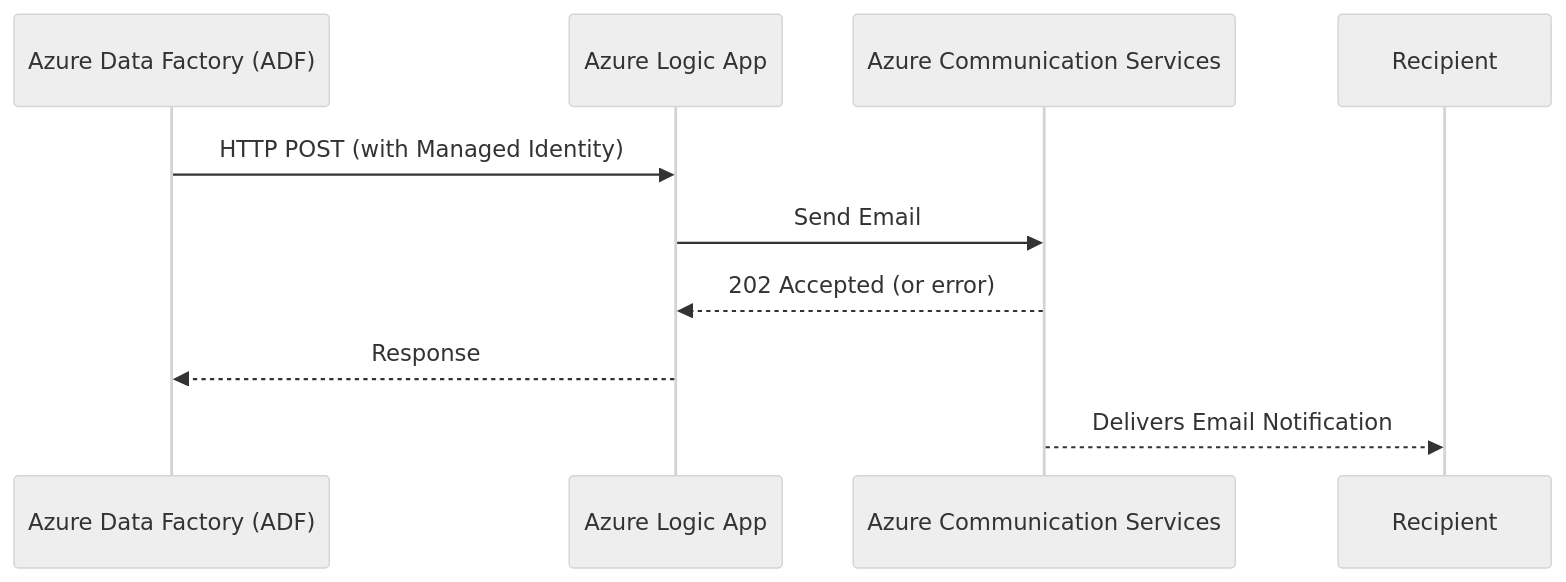
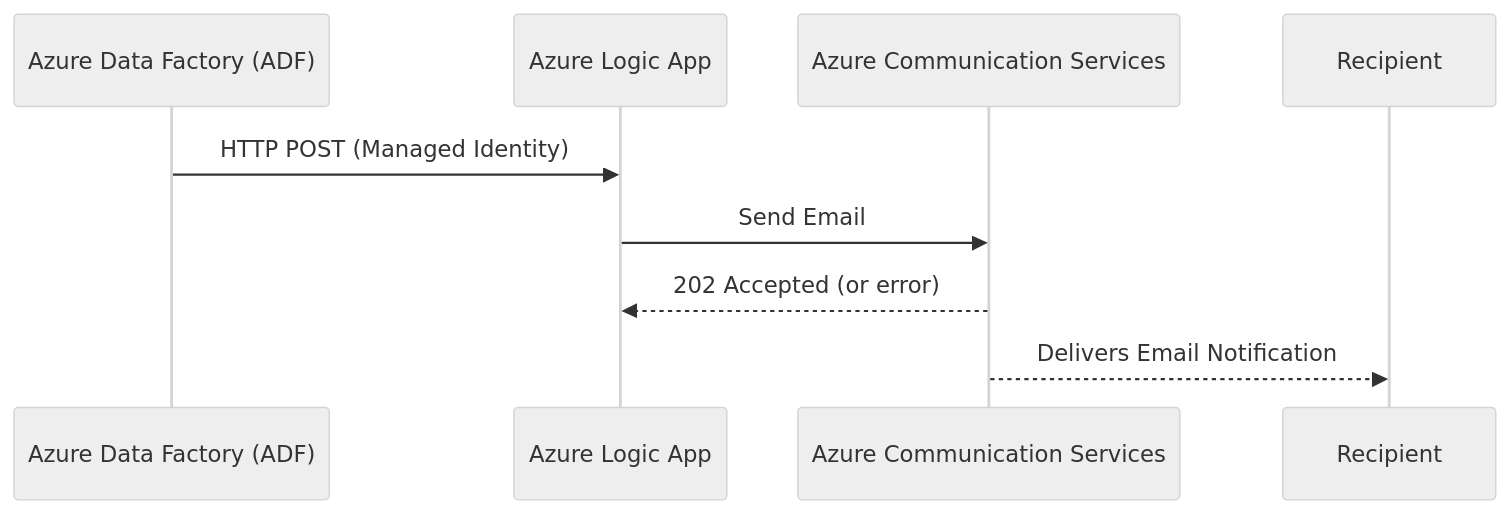
One commit to preedep/adf-notification-alert changed the first of 3 diagrams in README.md. Above: the diagram before and after it, drawn with Mermaid (neutral theme). The commit also changed other lines of this file, not shown here.

````diff
--- a/README.md
+++ b/README.md
@@ -27,13 +43,12 @@
 ```mermaid
 sequenceDiagram
     participant ADF as Azure Data Factory (ADF)
     participant LogicApp as Azure Logic App
     participant ACS as Azure Communication Services
     participant Email as Recipient
 
-    ADF->>LogicApp: HTTP POST (with Managed Identity)
+    ADF->>LogicApp: HTTP POST (Managed Identity)
     LogicApp->>ACS: Send Email
     ACS-->>LogicApp: 202 Accepted (or error)
-    LogicApp-->>ADF: Response
     ACS-->>Email: Delivers Email Notification
 ```
````
